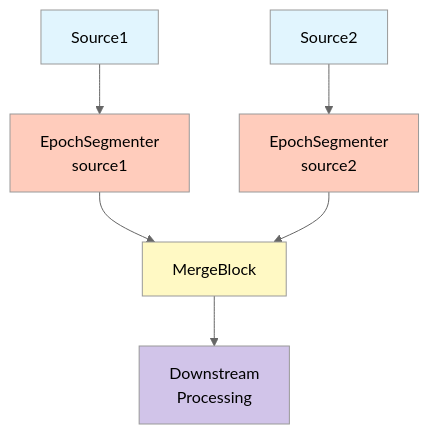
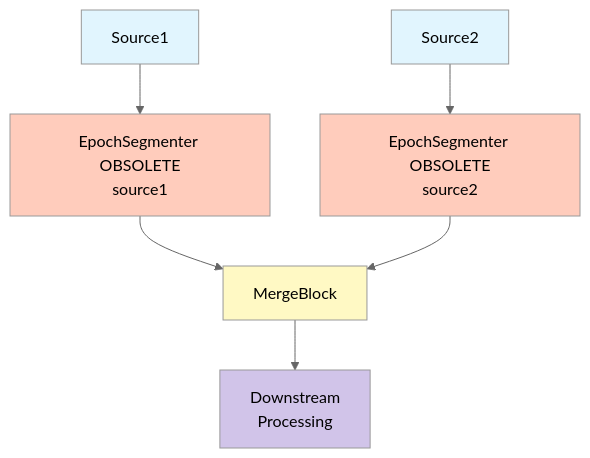
The third of 4 diagrams in poc/docs/guides/using-epochs.md (dazinator/DataFlow), drawn with Mermaid (neutral theme) before and after one commit. The commit also changed other lines of this file and 3 other files, not shown here.

Commit message:
Update documentation to remove references to obsolete epoch segmentation

````diff
--- a/poc/docs/guides/using-epochs.md
+++ b/poc/docs/guides/using-epochs.md
@@ -423,15 +463,15 @@
 ```mermaid
 flowchart TD
-    S1[Source1] --> SEG1[EpochSegmenter<br/>source1]
-    S2[Source2] --> SEG2[EpochSegmenter<br/>source2]
+    S1[Source1] --> SEG1[EpochSegmenter OBSOLETE<br/>source1]
+    S2[Source2] --> SEG2[EpochSegmenter OBSOLETE<br/>source2]
     SEG1 --> M[MergeBlock]
     SEG2 --> M
     M --> DS[Downstream<br/>Processing]
     
     style S1 fill:#e1f5fe
     style S2 fill:#e1f5fe
     style SEG1 fill:#ffccbc
     style SEG2 fill:#ffccbc
     style M fill:#fff9c4
     style DS fill:#d1c4e9
 ```
````
